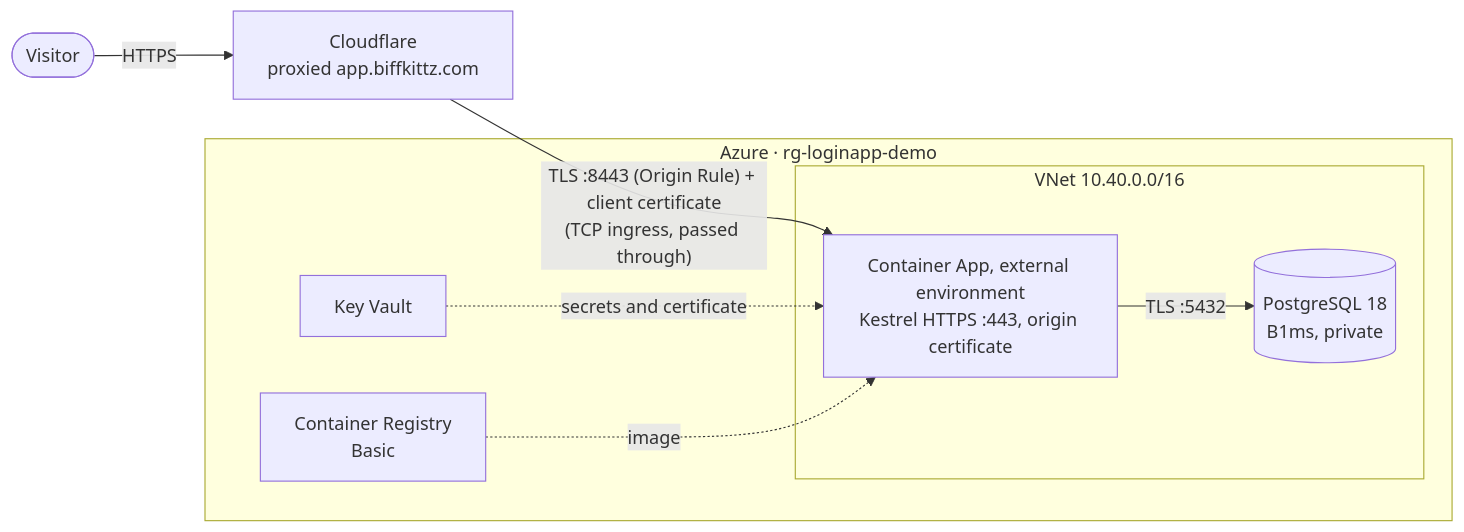
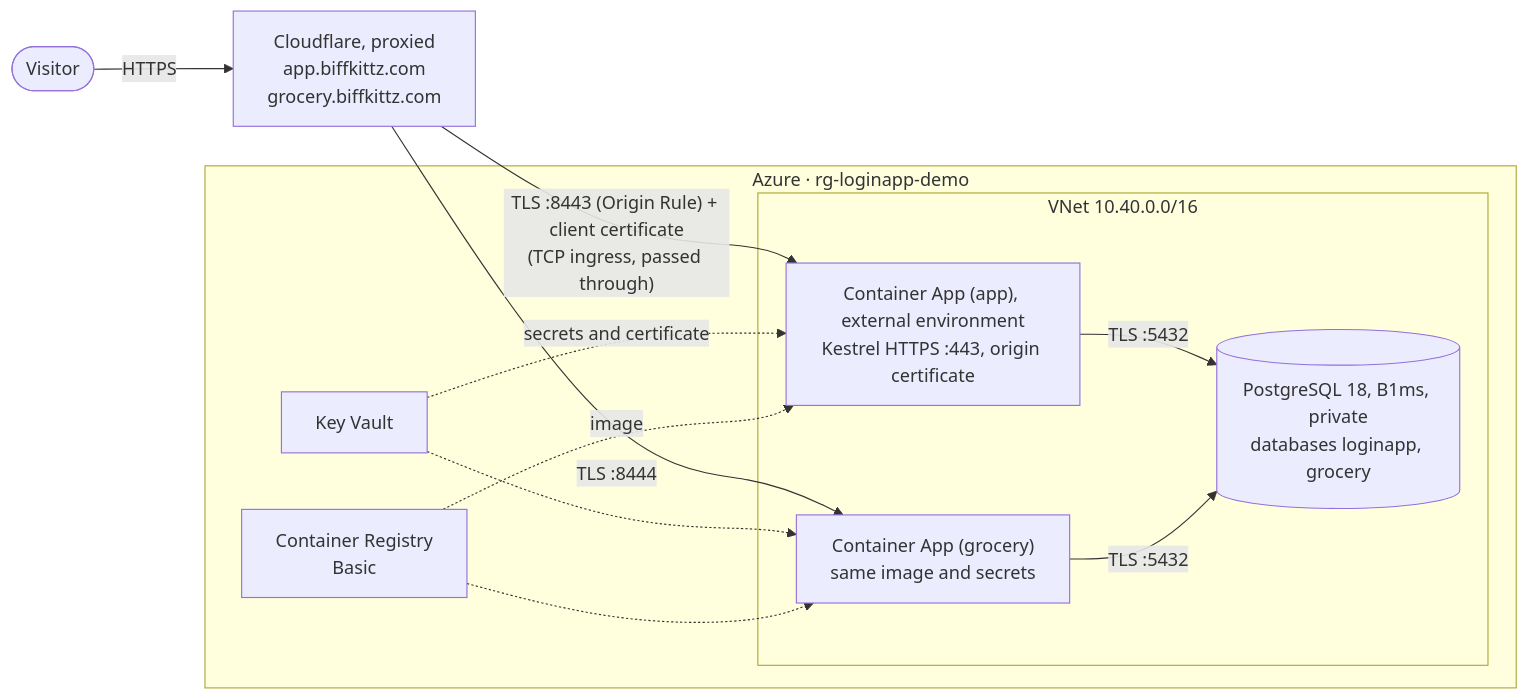
Before and after one commit to biffkittz/login-app: the diagram in infra/README.md, drawn with Mermaid. The commit also changed other lines of this file and 101 other files, not shown here.

Commit message:
multiple container apps in single environment, ai enhancements

````diff
--- a/infra/README.md
+++ b/infra/README.md
@@ -9,13 +11,18 @@
 ```mermaid
 flowchart LR
-  visitor([Visitor]) -->|HTTPS| cf[Cloudflare<br/>proxied app.biffkittz.com]
+  visitor([Visitor]) -->|HTTPS| cf[Cloudflare, proxied<br/>app.biffkittz.com<br/>grocery.biffkittz.com]
   cf -->|"TLS :8443 (Origin Rule) + client certificate<br/>(TCP ingress, passed through)"| app
+  cf -->|"TLS :8444"| app2
   subgraph azure[Azure · rg-loginapp-demo]
     subgraph vnet[VNet 10.40.0.0/16]
-      app["Container App, external environment<br/>Kestrel HTTPS :443, origin certificate"]
-      app -->|TLS :5432| pg[(PostgreSQL 18<br/>B1ms, private)]
+      app["Container App (app), external environment<br/>Kestrel HTTPS :443, origin certificate"]
+      app2["Container App (grocery)<br/>same image and secrets"]
+      app -->|TLS :5432| pg[(PostgreSQL 18, B1ms, private<br/>databases loginapp, grocery)]
+      app2 -->|TLS :5432| pg
     end
     kv[Key Vault] -.->|secrets and certificate| app
+    kv -.-> app2
     acr[Container Registry<br/>Basic] -.->|image| app
+    acr -.-> app2
   end
 ```
````
